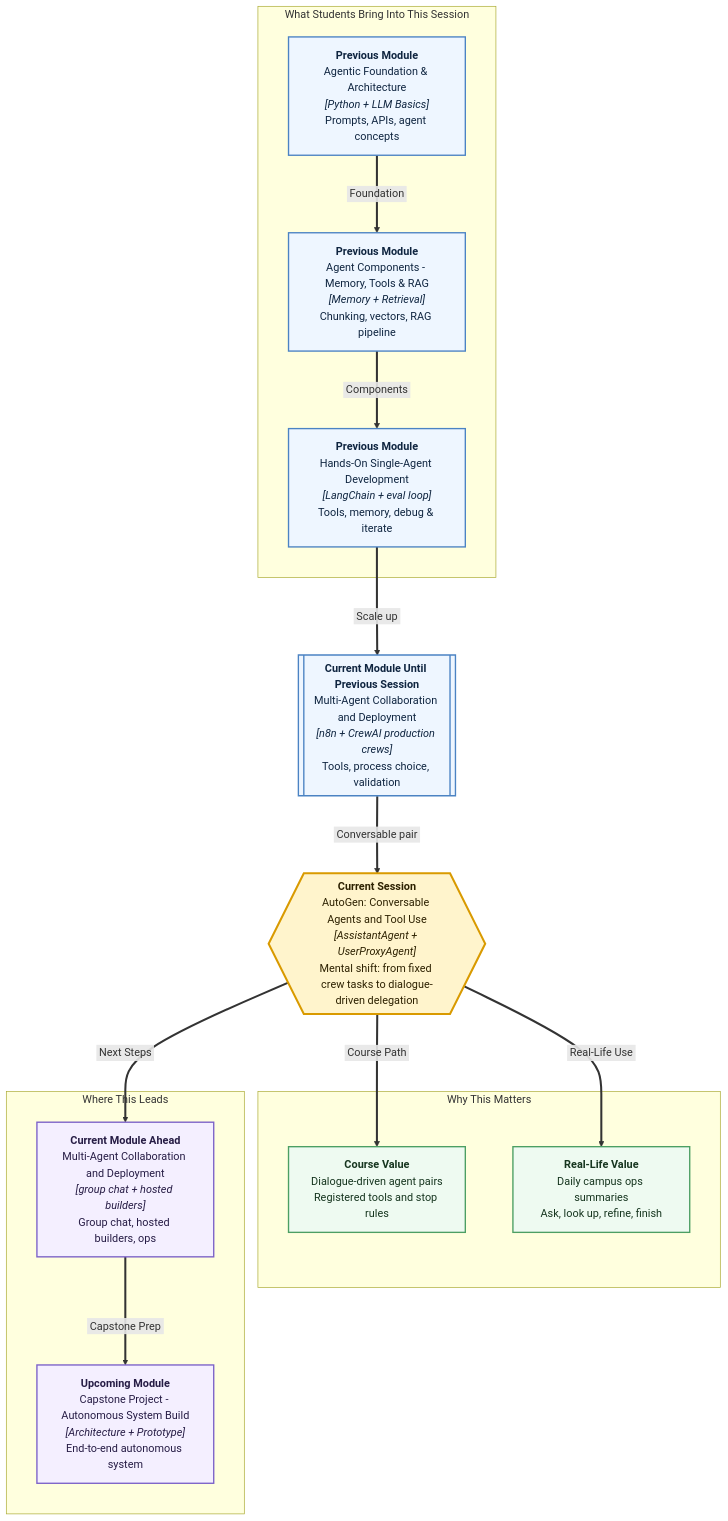
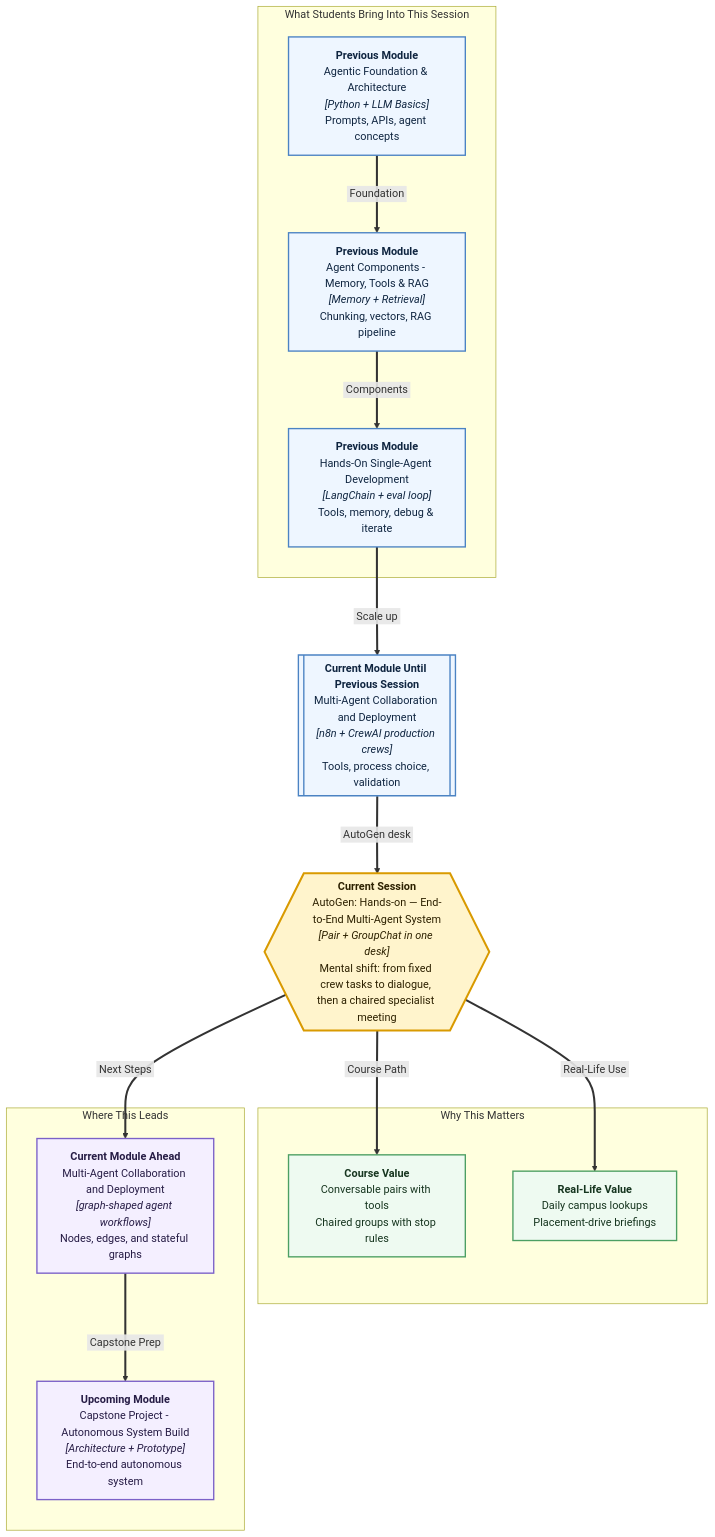
The diagram in iitr-as-260313/Module 4/Session42/Mental Map.md (ABVenu/IIT_Sessions_Content), drawn with Mermaid before and after one commit. The commit also changed 275 other files, not shown here.

````diff
--- a/iitr-as-260313/Module 4/Session42/Mental Map.md
+++ b/iitr-as-260313/Module 4/Session42/Mental Map.md
@@ -1,43 +1,43 @@
 ```mermaid
 %%{init: {"flowchart": {"nodeSpacing": 70, "rankSpacing": 90, "diagramPadding": 24}} }%%
 flowchart TB
   subgraph Foundation["What Students Bring Into This Session"]
     M1["<b>Previous Module</b><br/>Agentic Foundation & Architecture<br/><i>[Python + LLM Basics]</i><br/>Prompts, APIs, agent concepts"]
     M2["<b>Previous Module</b><br/>Agent Components - Memory, Tools & RAG<br/><i>[Memory + Retrieval]</i><br/>Chunking, vectors, RAG pipeline"]
     M3["<b>Previous Module</b><br/>Hands-On Single-Agent Development<br/><i>[LangChain + eval loop]</i><br/>Tools, memory, debug & iterate"]
   end
 
   CM[["<b>Current Module Until Previous Session</b><br/>Multi-Agent Collaboration and Deployment<br/><i>[n8n + CrewAI production crews]</i><br/>Tools, process choice, validation"]]
 
-  CS{{"<b>Current Session</b><br/>AutoGen: Conversable Agents and Tool Use<br/><i>[AssistantAgent + UserProxyAgent]</i><br/>Mental shift: from fixed crew tasks to dialogue-driven delegation"}}
+  CS{{"<b>Current Session</b><br/>AutoGen: Hands-on — End-to-End Multi-Agent System<br/><i>[Pair + GroupChat in one desk]</i><br/>Mental shift: from fixed crew tasks to dialogue, then a chaired specialist meeting"}}
 
   subgraph Value["Why This Matters"]
-    CV["<b>Course Value</b><br/>Dialogue-driven agent pairs<br/>Registered tools and stop rules"]
-    RV["<b>Real-Life Value</b><br/>Daily campus ops summaries<br/>Ask, look up, refine, finish"]
+    CV["<b>Course Value</b><br/>Conversable pairs with tools<br/>Chaired groups with stop rules"]
+    RV["<b>Real-Life Value</b><br/>Daily campus lookups<br/>Placement-drive briefings"]
   end
 
   subgraph Future["Where This Leads"]
-    F4["<b>Current Module Ahead</b><br/>Multi-Agent Collaboration and Deployment<br/><i>[group chat + hosted builders]</i><br/>Group chat, hosted builders, ops"]
+    F4["<b>Current Module Ahead</b><br/>Multi-Agent Collaboration and Deployment<br/><i>[graph-shaped agent workflows]</i><br/>Nodes, edges, and stateful graphs"]
     F5["<b>Upcoming Module</b><br/>Capstone Project - Autonomous System Build<br/><i>[Architecture + Prototype]</i><br/>End-to-end autonomous system"]
   end
 
   M1 ==>|&nbsp;Foundation&nbsp;| M2
   M2 ==>|&nbsp;Components&nbsp;| M3
   M3 ==>|&nbsp;Scale up&nbsp;| CM
-  CM ==>|&nbsp;Conversable pair&nbsp;| CS
+  CM ==>|&nbsp;AutoGen desk&nbsp;| CS
   CS ==>|&nbsp;Course Path&nbsp;| CV
   CS ==>|&nbsp;Real-Life Use&nbsp;| RV
   CS ==>|&nbsp;Next Steps&nbsp;| F4
   F4 ==>|&nbsp;Capstone Prep&nbsp;| F5
 
   classDef previous fill:#eef6ff,stroke:#4b83c3,stroke-width:2px,color:#0f2540;
   classDef current fill:#fff4cc,stroke:#d99a00,stroke-width:3px,color:#2d2100;
   classDef value fill:#eefaf1,stroke:#4c9f63,stroke-width:2px,color:#16351f;
   classDef future fill:#f4efff,stroke:#7b61c8,stroke-width:2px,color:#261c45;
 
   class M1,M2,M3,CM previous;
   class CS current;
   class CV,RV value;
   class F4,F5 future;
   linkStyle default stroke-width:3px;
 ```
````
